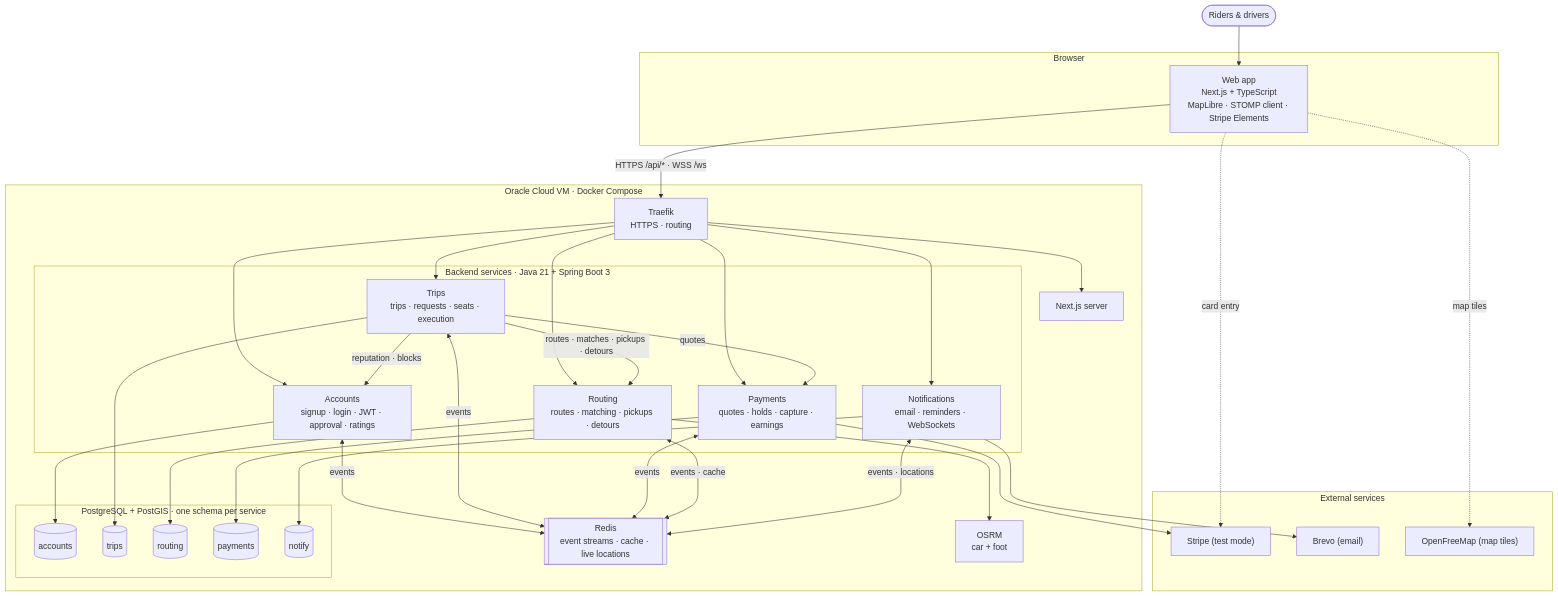
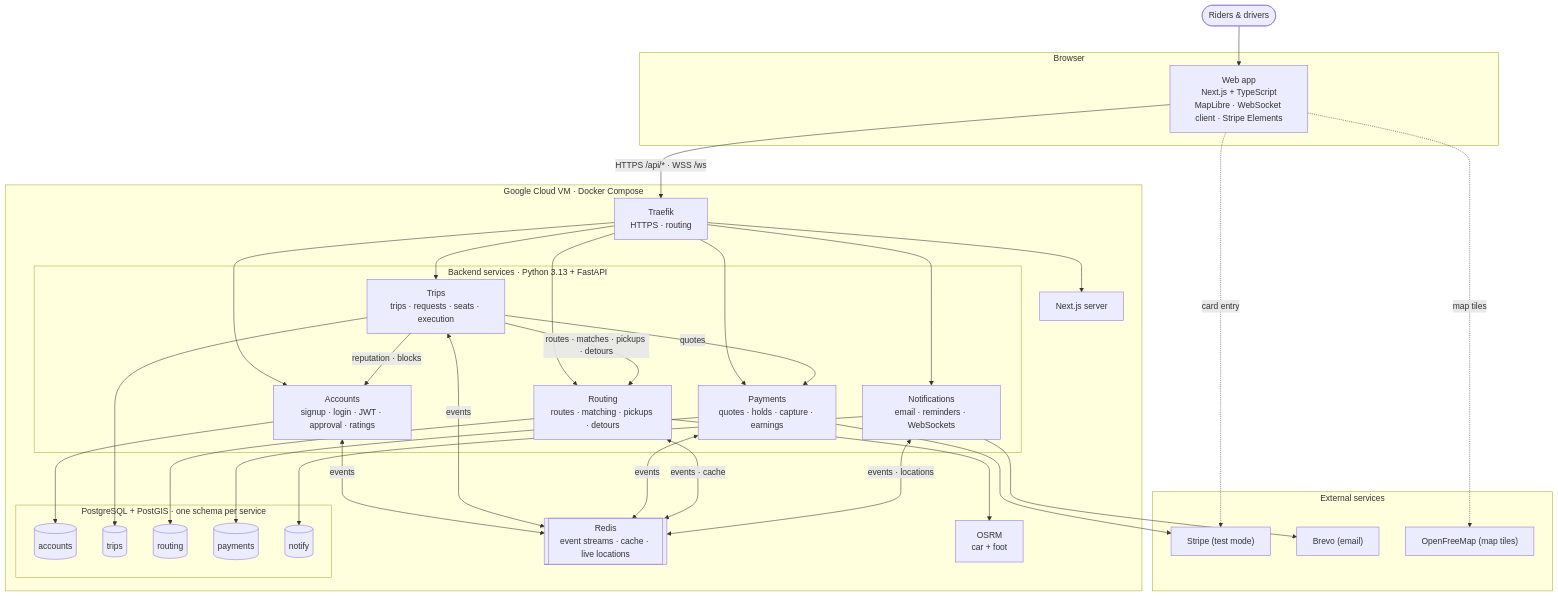
One commit to Andrew-Ih/COMP-4350-Group5-GetDrove changed the first of 2 diagrams in docs/architecture/architecture.md. Above: the diagram before and after it, drawn with Mermaid. The commit also changed other lines of this file and 12 other files, not shown here.

First line of the commit message:
docs: switch backend to Python + FastAPI; host on Google Cloud, deploy from main

````diff
--- a/docs/architecture/architecture.md
+++ b/docs/architecture/architecture.md
@@ -9,64 +9,64 @@
 ```mermaid
 flowchart TB
     users(["Riders & drivers"]) --> web
 
     subgraph client["Browser"]
-        web["Web app<br/>Next.js + TypeScript<br/>MapLibre · STOMP client · Stripe Elements"]
+        web["Web app<br/>Next.js + TypeScript<br/>MapLibre · WebSocket client · Stripe Elements"]
     end
 
-    subgraph vm["Oracle Cloud VM · Docker Compose"]
+    subgraph vm["Google Cloud VM · Docker Compose"]
         traefik["Traefik<br/>HTTPS · routing"]
         next["Next.js server"]
 
-        subgraph services["Backend services · Java 21 + Spring Boot 3"]
+        subgraph services["Backend services · Python 3.13 + FastAPI"]
             accounts["Accounts<br/>signup · login · JWT · approval · ratings"]
             trips["Trips<br/>trips · requests · seats · execution"]
             routing["Routing<br/>routes · matching · pickups · detours"]
             payments["Payments<br/>quotes · holds · capture · earnings"]
             notify["Notifications<br/>email · reminders · WebSockets"]
         end
 
         subgraph data["PostgreSQL + PostGIS · one schema per service"]
             accountsDb[("accounts")]
             tripsDb[("trips")]
             routingDb[("routing")]
             payDb[("payments")]
             notifyDb[("notify")]
         end
 
         redis[["Redis<br/>event streams · cache · live locations"]]
         osrm["OSRM<br/>car + foot"]
     end
 
     subgraph external["External services"]
         stripe["Stripe (test mode)"]
         brevo["Brevo (email)"]
         tiles["OpenFreeMap (map tiles)"]
     end
 
     web -->|"HTTPS /api/* · WSS /ws"| traefik
     web -.->|map tiles| tiles
     web -.->|card entry| stripe
     traefik --> next
     traefik --> accounts & trips & routing & payments & notify
 
     trips -->|reputation · blocks| accounts
     trips -->|routes · matches · pickups · detours| routing
     trips -->|quotes| payments
     routing --> osrm
 
     accounts <-->|events| redis
     trips <-->|events| redis
     payments <-->|events| redis
     routing <-->|events · cache| redis
     notify <-->|events · locations| redis
 
     accounts --> accountsDb
     trips --> tripsDb
     routing --> routingDb
     payments --> payDb
     notify --> notifyDb
 
     payments --> stripe
     notify --> brevo
 ```
````
